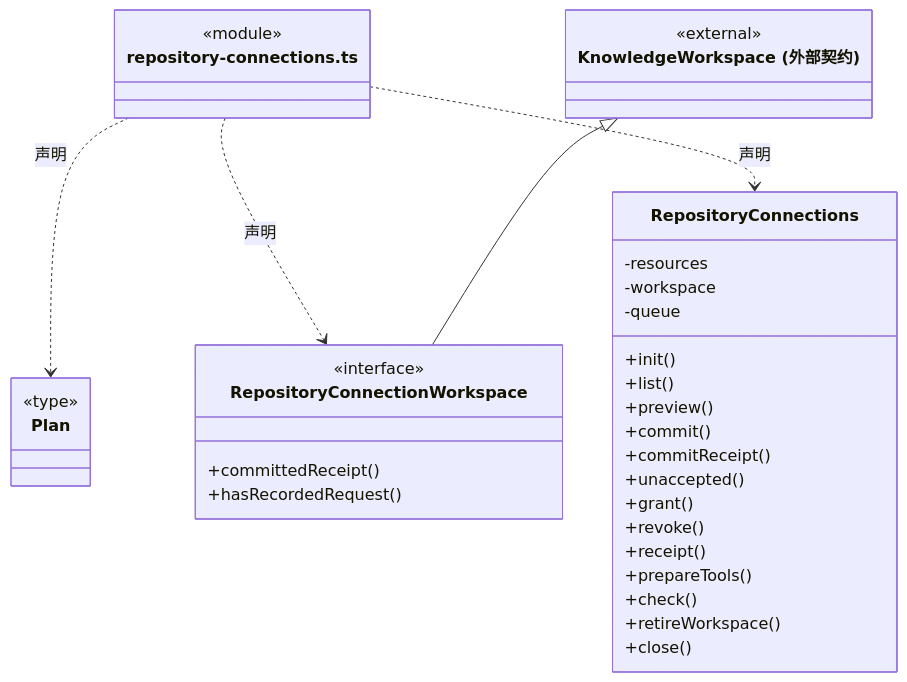
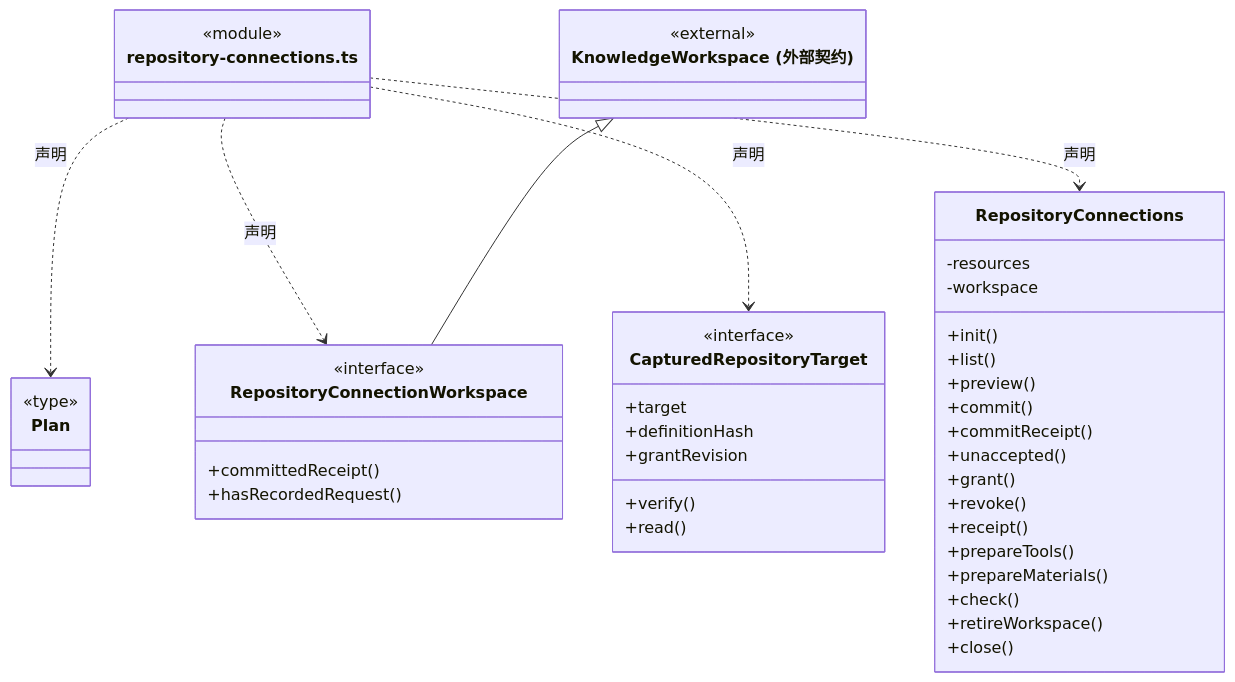
One commit to nan023062/cbim changed the second of 12 diagrams in src/backend/main/resources/ARCHITECTURE.md. Above: the diagram before and after it, drawn with Mermaid. The commit also changed other lines of this file and 64 other files, not shown here.

````diff
--- a/src/backend/main/resources/ARCHITECTURE.md
+++ b/src/backend/main/resources/ARCHITECTURE.md
@@ -54,40 +54,49 @@
 ```mermaid
 classDiagram
 class N_src_backend_main_resources_repository_connections_ts["repository-connections.ts"] {
   <<module>>
 }
 class N_src_backend_main_resources_repository_connections_ts_Plan["Plan"] {
   <<type>>
 
 }
 N_src_backend_main_resources_repository_connections_ts ..> N_src_backend_main_resources_repository_connections_ts_Plan : 声明
 class N_src_backend_main_resources_repository_connections_ts_RepositoryConnectionWorkspace["RepositoryConnectionWorkspace"] {
   <<interface>>
   +committedReceipt()
   +hasRecordedRequest()
 }
 N_src_backend_main_resources_repository_connections_ts ..> N_src_backend_main_resources_repository_connections_ts_RepositoryConnectionWorkspace : 声明
 class N_src_backend_main_resources_repository_connections_ts_external_KnowledgeWorkspace["KnowledgeWorkspace (外部契约)"] {
   <<external>>
 }
 N_src_backend_main_resources_repository_connections_ts_external_KnowledgeWorkspace <|-- N_src_backend_main_resources_repository_connections_ts_RepositoryConnectionWorkspace
+class N_src_backend_main_resources_repository_connections_ts_CapturedRepositoryTarget["CapturedRepositoryTarget"] {
+  <<interface>>
+  +target
+  +definitionHash
+  +grantRevision
+  +verify()
+  +read()
+}
+N_src_backend_main_resources_repository_connections_ts ..> N_src_backend_main_resources_repository_connections_ts_CapturedRepositoryTarget : 声明
 class N_src_backend_main_resources_repository_connections_ts_RepositoryConnections["RepositoryConnections"] {
   +init()
   +list()
   +preview()
   +commit()
   +commitReceipt()
   +unaccepted()
   +grant()
   +revoke()
   +receipt()
   +prepareTools()
+  +prepareMaterials()
   +check()
   +retireWorkspace()
   +close()
   -resources
   -workspace
-  -queue
 }
 N_src_backend_main_resources_repository_connections_ts ..> N_src_backend_main_resources_repository_connections_ts_RepositoryConnections : 声明
 ```
````
